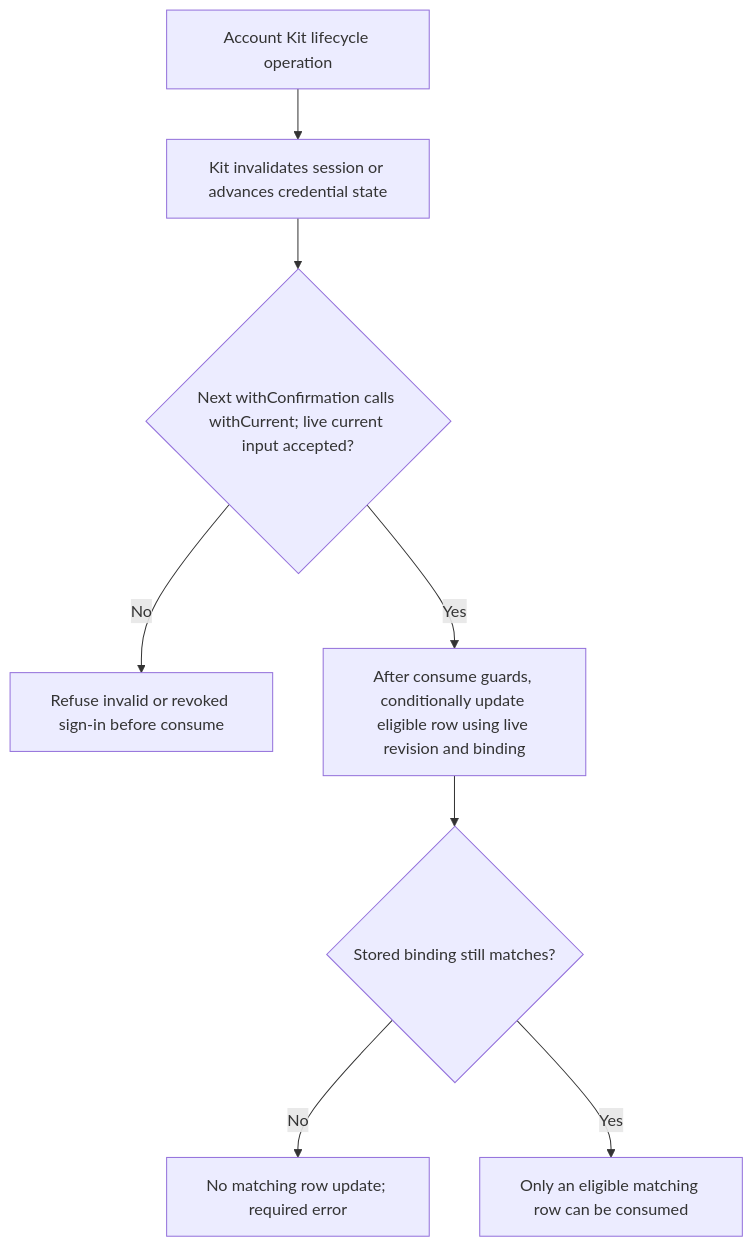
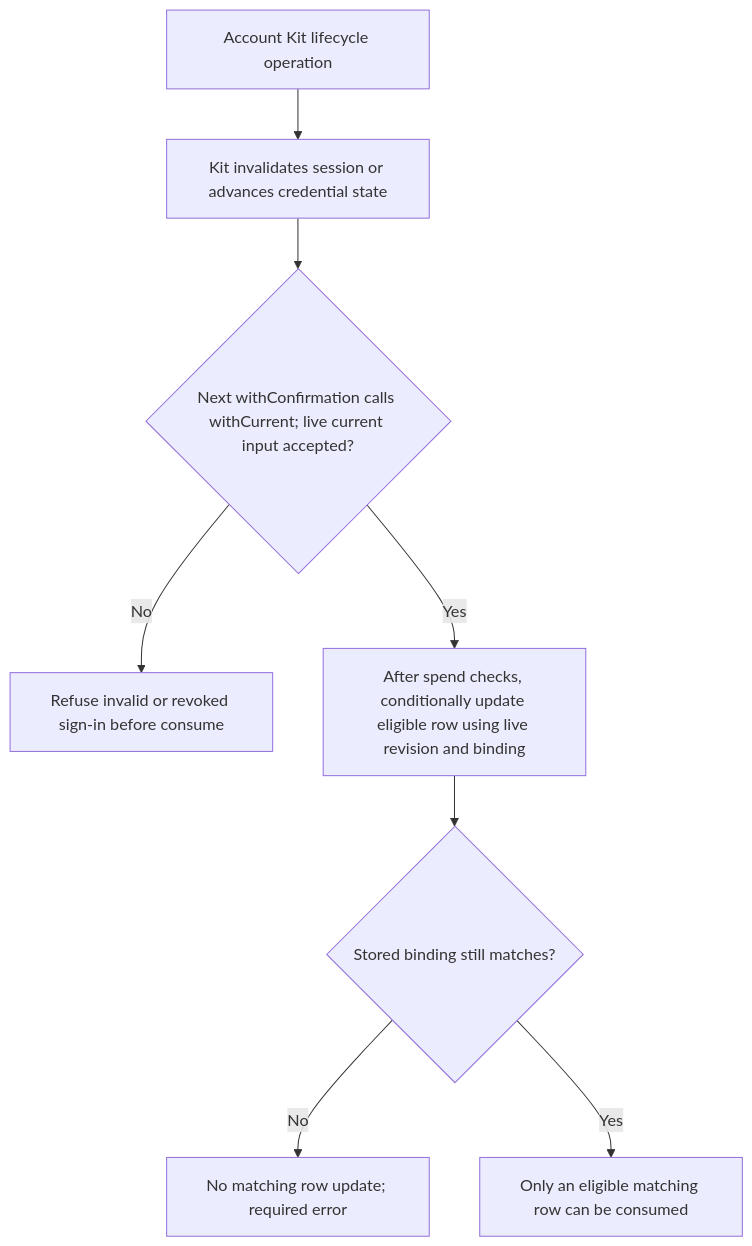
The second of 2 diagrams in user-stories/US-CONFIRM-03-revoke-confirmations.md (Kevinjohn/oss-adonisjs-confirm-action-with-password), drawn with Mermaid before and after one commit. The commit also changed 8 other files, not shown here.

````diff
--- a/user-stories/US-CONFIRM-03-revoke-confirmations.md
+++ b/user-stories/US-CONFIRM-03-revoke-confirmations.md
@@ -36,10 +36,10 @@
 ```mermaid
 flowchart TD
     A["Account Kit lifecycle operation"] --> B["Kit invalidates session or advances credential state"]
     B --> C{"Next withConfirmation calls withCurrent; live current input accepted?"}
     C -->|No| G["Refuse invalid or revoked sign-in before consume"]
-    C -->|Yes| H["After consume guards, conditionally update eligible row using live revision and binding"]
+    C -->|Yes| H["After spend checks, conditionally update eligible row using live revision and binding"]
     H --> D{"Stored binding still matches?"}
     D -->|No| E["No matching row update; required error"]
     D -->|Yes| F["Only an eligible matching row can be consumed"]
 ```
````
